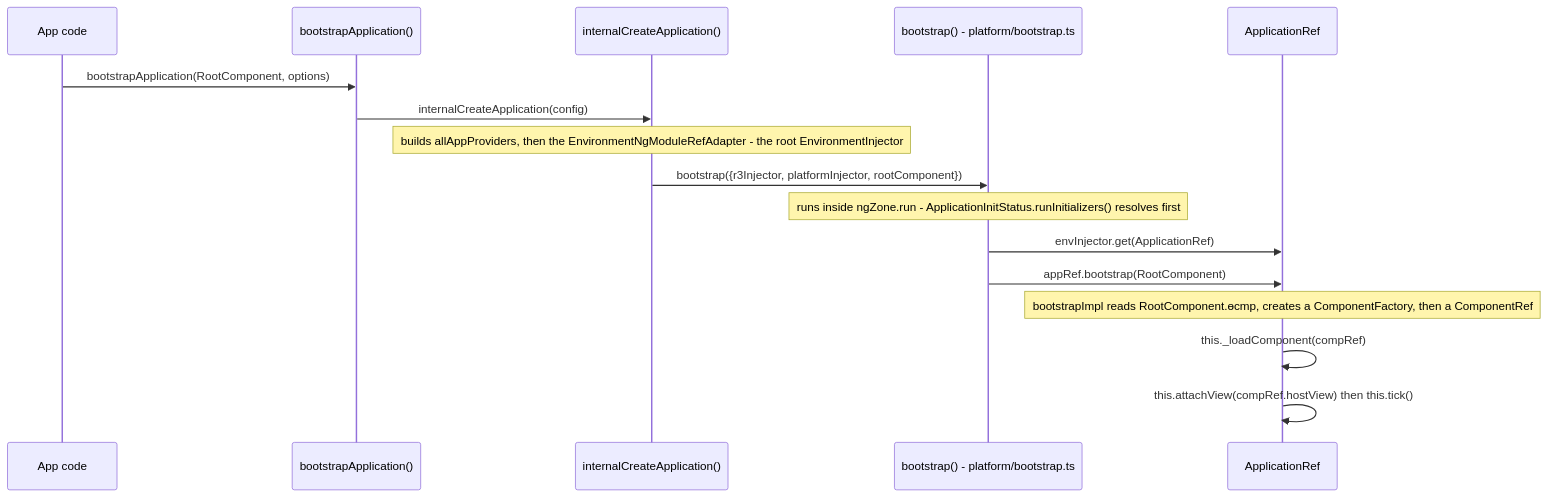
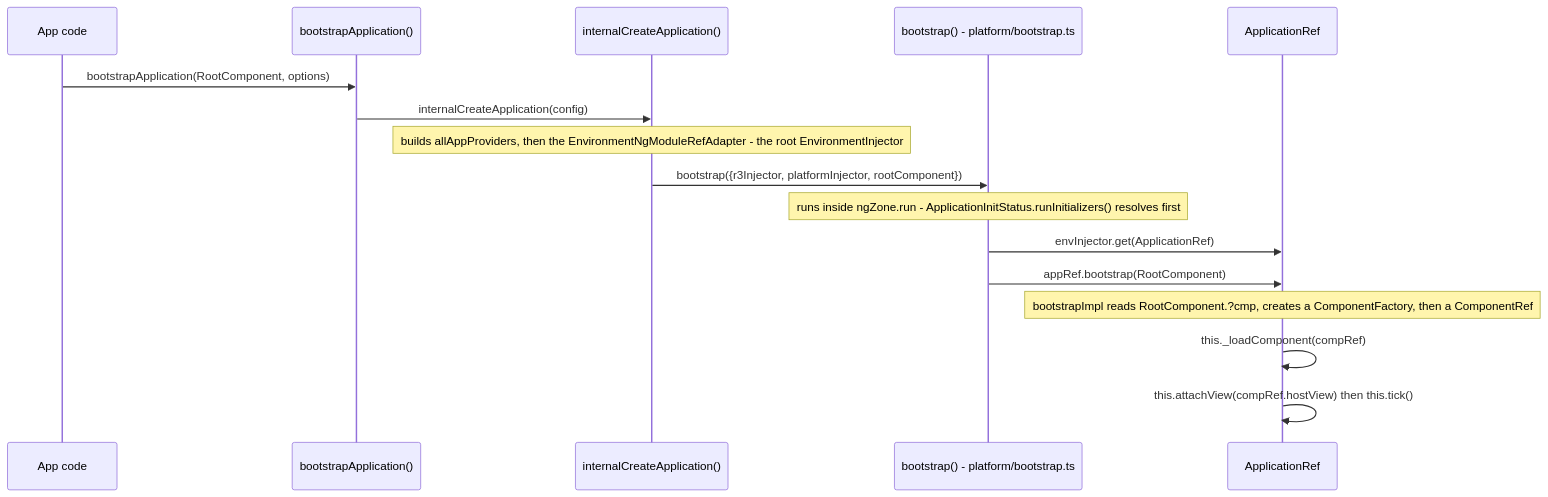
The second of 3 diagrams in _posts/2026-05-28-angular-bootstrap-sequence-ivy-render-functions.md (mayurjp/dev-blog), drawn with Mermaid before and after one commit. The commit also changed other lines of this file and 383 other files, not shown here.

````diff
--- a/_posts/2026-05-28-angular-bootstrap-sequence-ivy-render-functions.md
+++ b/_posts/2026-05-28-angular-bootstrap-sequence-ivy-render-functions.md
@@ -43,19 +45,19 @@
 ```mermaid
 sequenceDiagram
     participant App as App code
     participant BA as bootstrapApplication()
     participant ICA as internalCreateApplication()
     participant BS as bootstrap() - platform/bootstrap.ts
     participant AR as ApplicationRef
 
     App->>BA: bootstrapApplication(RootComponent, options)
     BA->>ICA: internalCreateApplication(config)
     Note over ICA: builds allAppProviders, then the EnvironmentNgModuleRefAdapter - the root EnvironmentInjector
     ICA->>BS: bootstrap({r3Injector, platformInjector, rootComponent})
     Note over BS: runs inside ngZone.run - ApplicationInitStatus.runInitializers() resolves first
     BS->>AR: envInjector.get(ApplicationRef)
     BS->>AR: appRef.bootstrap(RootComponent)
-    Note over AR: bootstrapImpl reads RootComponent.ɵcmp, creates a ComponentFactory, then a ComponentRef
+    Note over AR: bootstrapImpl reads RootComponent.?cmp, creates a ComponentFactory, then a ComponentRef
     AR->>AR: this._loadComponent(compRef)
     AR->>AR: this.attachView(compRef.hostView) then this.tick()
 ```
````
